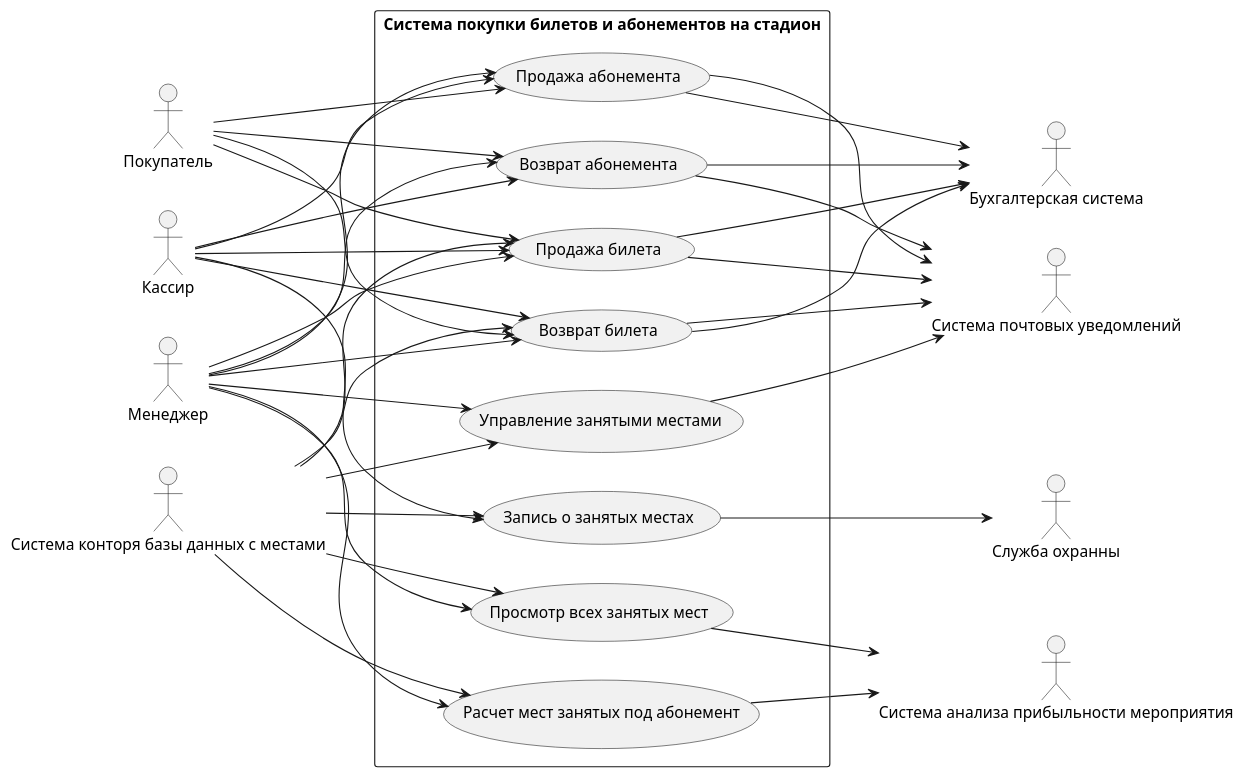
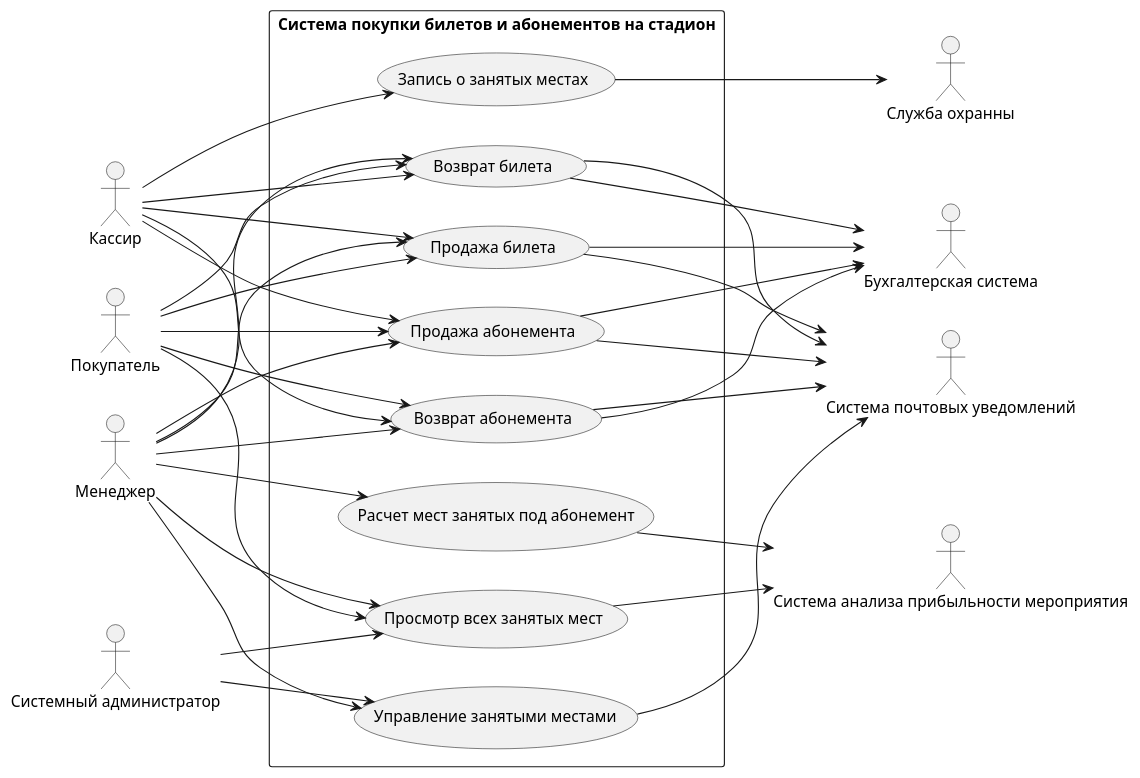
Before and after one commit to penamarth/bsbo-11-24_team5_var10_football: the diagram in Преценденты/Диаграмма прецендентов.md, drawn with PlantUML.

Commit message:
Переделал диаграмму прецендентов.md

````diff
--- a/Преценденты/Диаграмма прецендентов.md
+++ b/Преценденты/Диаграмма прецендентов.md
@@ -3,70 +3,67 @@
 ```plantuml
 @startuml
 left to right direction
 skinparam packageStyle rect
 
 :Кассир:
 :Покупатель:
-:Система конторя базы данных с местами:
+:Системный администратор:
 :Менеджер:
 
 package "Система покупки билетов и абонементов на стадион" {
 (Продажа билета)
 (Продажа абонемента)
 (Запись о занятых местах)
 (Возврат билета)
 (Возврат абонемента)
 (Расчет мест занятых под абонемент)
 (Просмотр всех занятых мест)
 (Управление занятыми местами)
 }
 
 :Покупатель: --> (Продажа билета)
 :Покупатель: --> (Продажа абонемента)
 :Покупатель: --> (Возврат билета)
 :Покупатель: --> (Возврат абонемента)
+:Покупатель: --> (Просмотр всех занятых мест)
 
 :Кассир: --> (Продажа билета)
 :Кассир: --> (Продажа абонемента)
 :Кассир: --> (Возврат билета)
 :Кассир: --> (Возврат абонемента)
 :Кассир: --> (Запись о занятых местах)
 
 :Менеджер: --> (Продажа билета)
 :Менеджер: --> (Продажа абонемента)
 :Менеджер: --> (Возврат билета)
 :Менеджер: --> (Возврат абонемента)
 :Менеджер: --> (Просмотр всех занятых мест)
 :Менеджер: --> (Управление занятыми местами)
 :Менеджер: --> (Расчет мест занятых под абонемент)
 
-:Система конторя базы данных с местами: --> (Продажа билета)
-:Система конторя базы данных с местами: --> (Возврат билета)
-:Система конторя базы данных с местами: --> (Запись о занятых местах)
-:Система конторя базы данных с местами: --> (Просмотр всех занятых мест)
-:Система конторя базы данных с местами: --> (Управление занятыми местами)
-:Система конторя базы данных с местами: --> (Расчет мест занятых под абонемент)
+:Системный администратор: --> (Управление занятыми местами)
+:Системный администратор: --> (Просмотр всех занятых мест)
 
 :Служба охранны:
 :Система анализа прибыльности мероприятия:
 :Бухгалтерская система:
 :Система почтовых уведомлений:
 
 (Продажа билета) --> :Система почтовых уведомлений:
 (Продажа абонемента) --> :Система почтовых уведомлений:
 (Возврат билета) --> :Система почтовых уведомлений:
 (Возврат абонемента) --> :Система почтовых уведомлений:
 (Управление занятыми местами) --> :Система почтовых уведомлений:
 
 (Продажа билета) --> :Бухгалтерская система:
 (Продажа абонемента) --> :Бухгалтерская система:
 (Возврат билета) --> :Бухгалтерская система:
 (Возврат абонемента) --> :Бухгалтерская система:
 
 (Запись о занятых местах) --> :Служба охранны:
 
 (Расчет мест занятых под абонемент) --> :Система анализа прибыльности мероприятия:
 (Просмотр всех занятых мест) --> :Система анализа прибыльности мероприятия:
 
 @enduml
 ```
````
